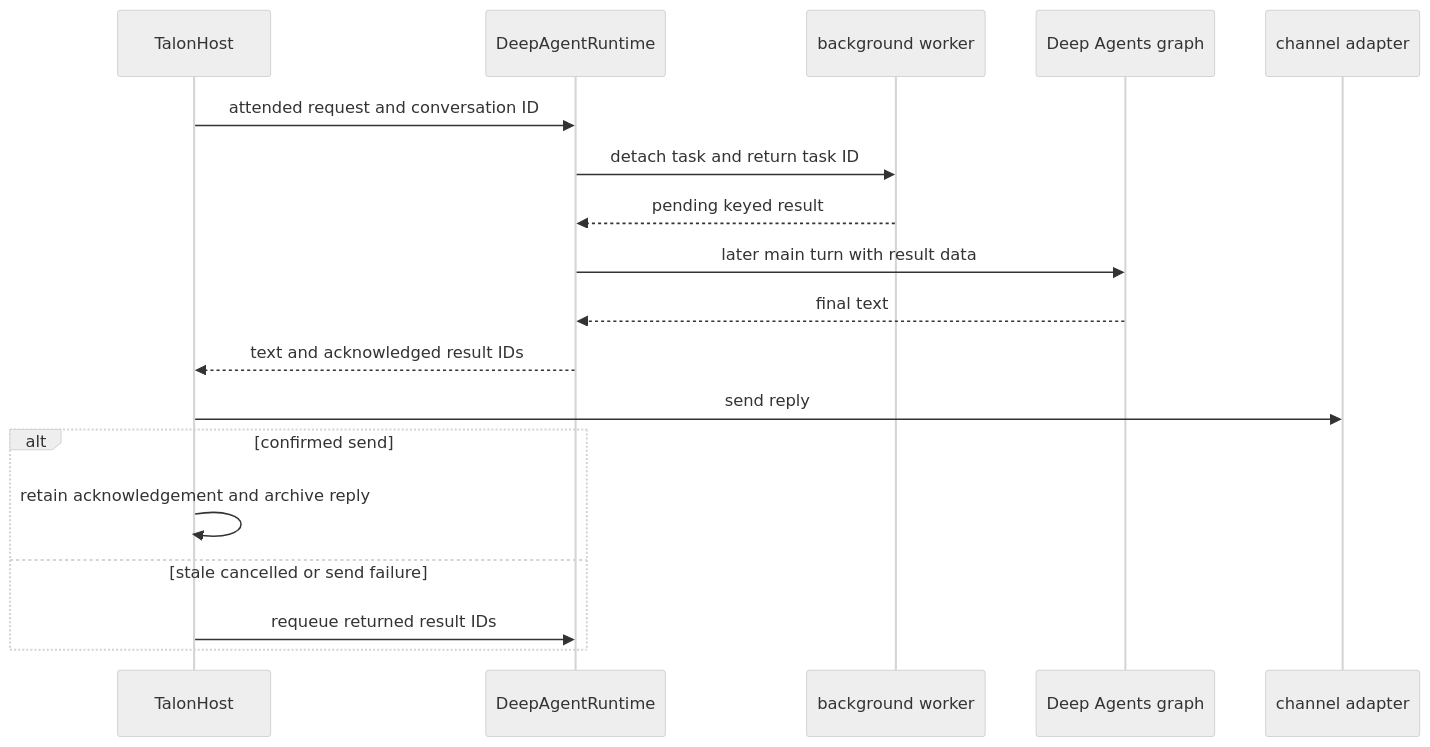
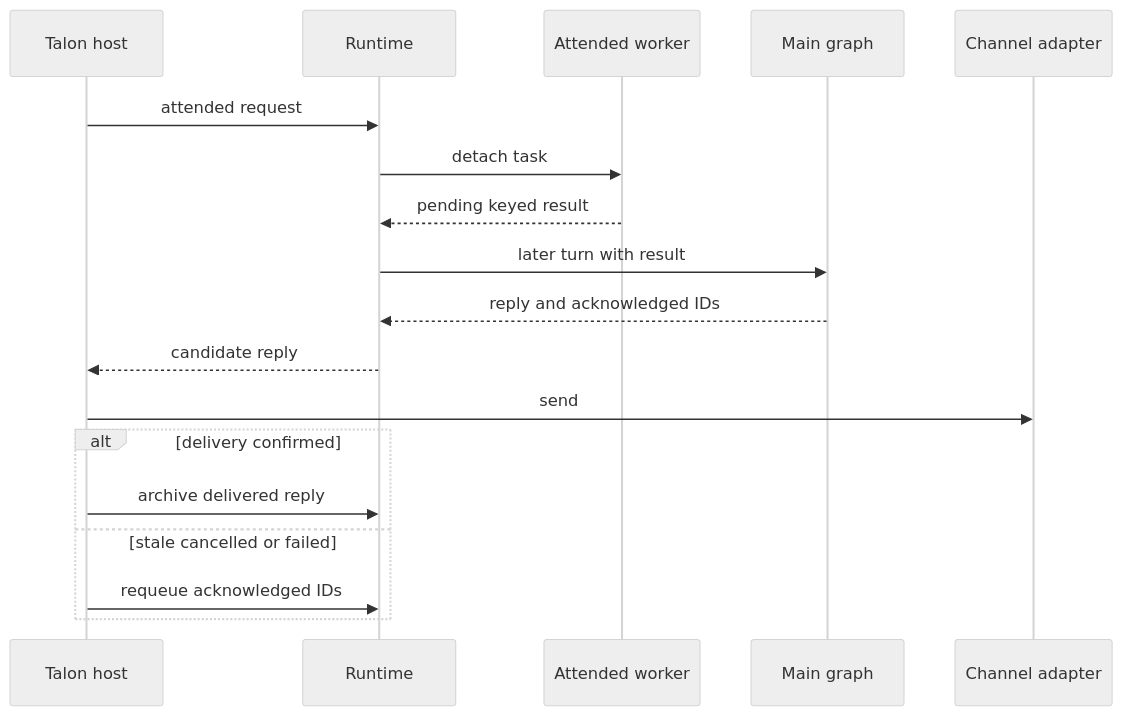
Before and after one commit to langchain-ai/deepagents: the fourth of 4 diagrams in openwiki/architecture/runtime-behavior.md, drawn with Mermaid (neutral theme). The commit also changed other lines of this file and 35 other files, not shown here.

````diff
--- a/openwiki/architecture/runtime-behavior.md
+++ b/openwiki/architecture/runtime-behavior.md
@@ -147,20 +151,20 @@
 ```mermaid
 sequenceDiagram
-    participant Host as TalonHost
-    participant Runtime as DeepAgentRuntime
-    participant Worker as background worker
-    participant Graph as Deep Agents graph
-    participant Channel as channel adapter
-    Host->>Runtime: attended request and conversation ID
-    Runtime->>Worker: detach task and return task ID
+    participant Host as Talon host
+    participant Runtime as Runtime
+    participant Worker as Attended worker
+    participant Graph as Main graph
+    participant Channel as Channel adapter
+    Host->>Runtime: attended request
+    Runtime->>Worker: detach task
     Worker-->>Runtime: pending keyed result
-    Runtime->>Graph: later main turn with result data
-    Graph-->>Runtime: final text
-    Runtime-->>Host: text and acknowledged result IDs
-    Host->>Channel: send reply
-    alt confirmed send
-        Host->>Host: retain acknowledgement and archive reply
-    else stale cancelled or send failure
-        Host->>Runtime: requeue returned result IDs
+    Runtime->>Graph: later turn with result
+    Graph-->>Runtime: reply and acknowledged IDs
+    Runtime-->>Host: candidate reply
+    Host->>Channel: send
+    alt delivery confirmed
+        Host->>Runtime: archive delivered reply
+    else stale cancelled or failed
+        Host->>Runtime: requeue acknowledged IDs
     end
 ```
````
